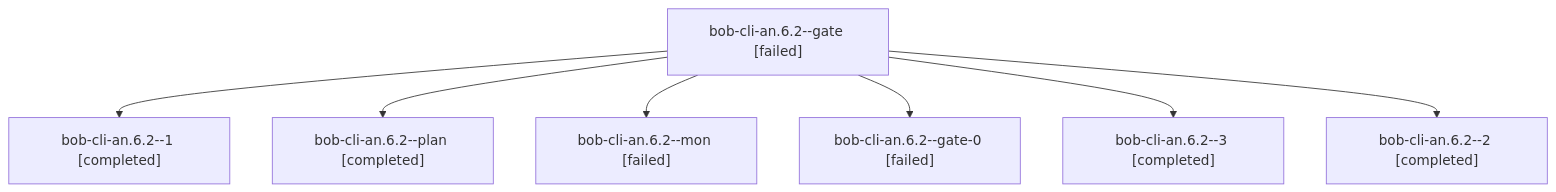
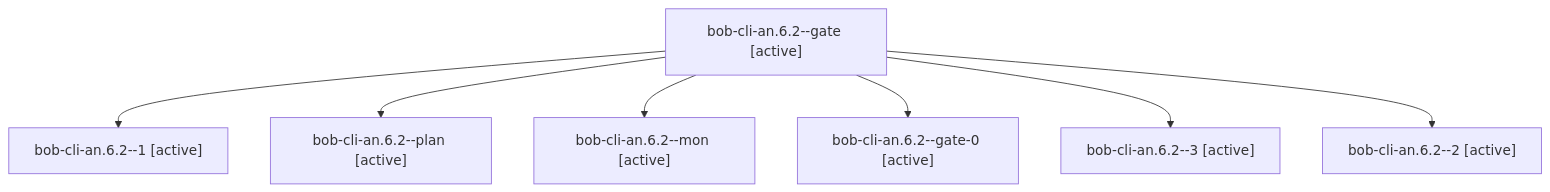
The diagram in sessions/bbugyi200.athena.bob-cli-an.6.2.md (bobs-org/bob-cli--agents), drawn with Mermaid before and after one commit. The commit also changed other lines of this file and 122 other files, not shown here.

````diff
--- a/sessions/bbugyi200.athena.bob-cli-an.6.2.md
+++ b/sessions/bbugyi200.athena.bob-cli-an.6.2.md
@@ -9,16 +9,16 @@
 ```mermaid
 flowchart TD
-  n0["bob-cli-an.6.2--gate [failed]"]
-  n1["bob-cli-an.6.2--1 [completed]"]
+  n0["bob-cli-an.6.2--gate [active]"]
+  n1["bob-cli-an.6.2--1 [active]"]
   n0 --> n1
-  n2["bob-cli-an.6.2--plan [completed]"]
+  n2["bob-cli-an.6.2--plan [active]"]
   n0 --> n2
-  n3["bob-cli-an.6.2--mon [failed]"]
+  n3["bob-cli-an.6.2--mon [active]"]
   n0 --> n3
-  n4["bob-cli-an.6.2--gate-0 [failed]"]
+  n4["bob-cli-an.6.2--gate-0 [active]"]
   n0 --> n4
-  n5["bob-cli-an.6.2--3 [completed]"]
+  n5["bob-cli-an.6.2--3 [active]"]
   n0 --> n5
-  n6["bob-cli-an.6.2--2 [completed]"]
+  n6["bob-cli-an.6.2--2 [active]"]
   n0 --> n6
 ```
````
